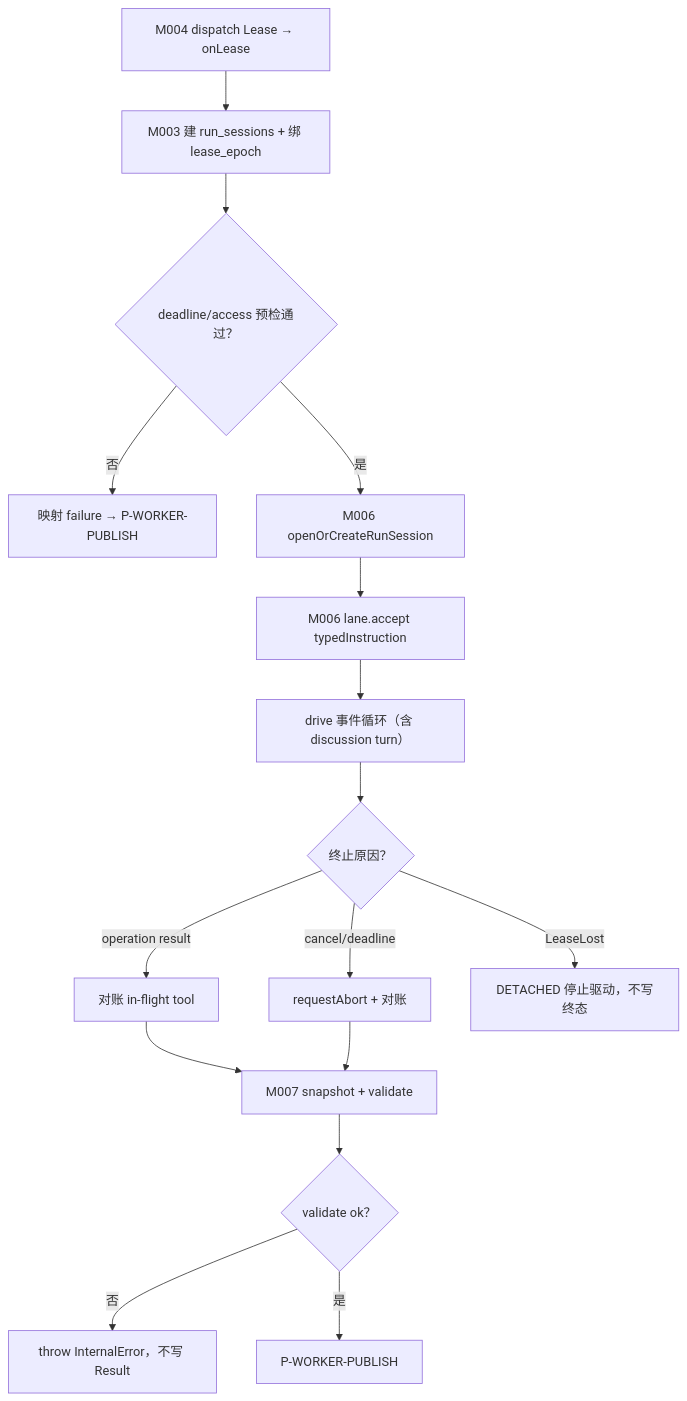
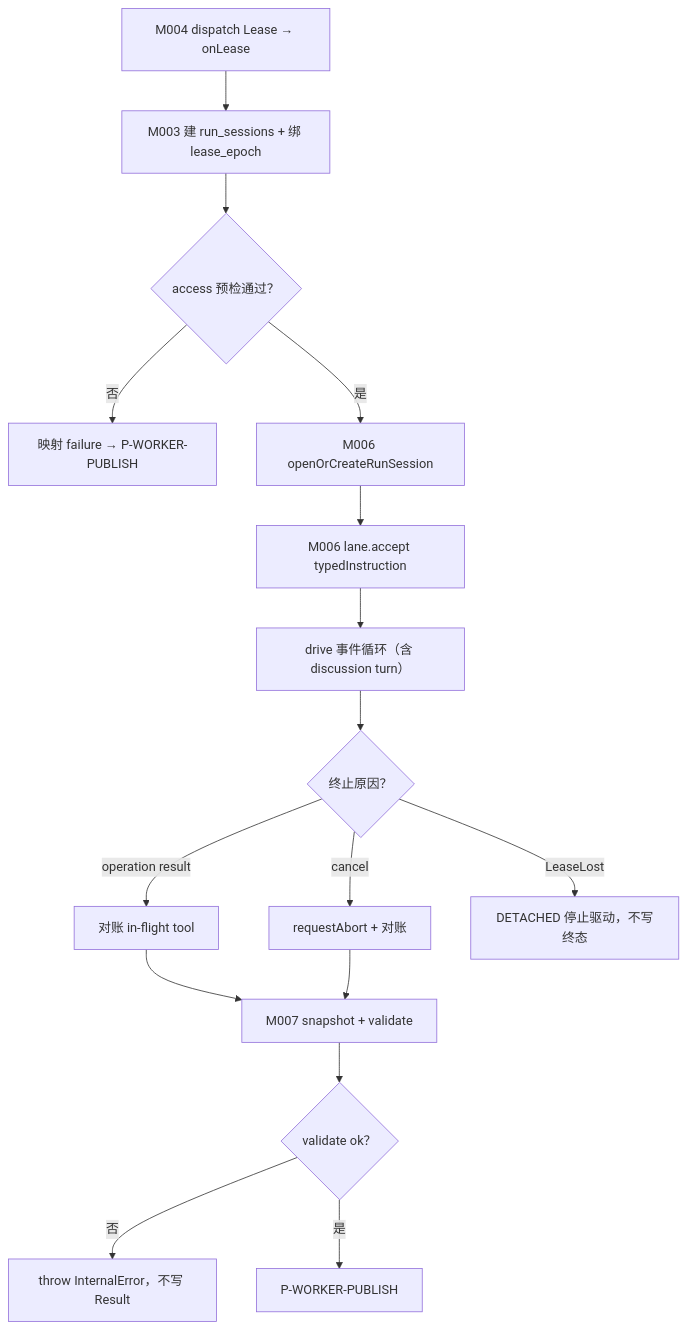
The fourth of 8 diagrams in docs/40_module_design/piko-worker-design.md (corezilla/piko), drawn with Mermaid before and after one commit. The commit also changed other lines of this file and 86 other files, not shown here.

````diff
--- a/docs/40_module_design/piko-worker-design.md
+++ b/docs/40_module_design/piko-worker-design.md
@@ -772,18 +773,18 @@
 ```mermaid
 flowchart TD
     A["M004 dispatch Lease → onLease"] --> B["M003 建 run_sessions + 绑 lease_epoch"]
-    B --> C{"deadline/access 预检通过？"}
+    B --> C{"access 预检通过？"}
     C -->|否| Z["映射 failure → P-WORKER-PUBLISH"]
     C -->|是| D["M006 openOrCreateRunSession"]
     D --> E["M006 lane.accept typedInstruction"]
     E --> F["drive 事件循环（含 discussion turn）"]
     F --> G{"终止原因？"}
     G -->|operation result| H["对账 in-flight tool"]
-    G -->|cancel/deadline| I["requestAbort + 对账"]
+    G -->|cancel| I["requestAbort + 对账"]
     G -->|LeaseLost| Z2["DETACHED 停止驱动，不写终态"]
     H --> J["M007 snapshot + validate"]
     I --> J
     J --> K{"validate ok？"}
     K -->|否| Z3["throw InternalError，不写 Result"]
     K -->|是| L["P-WORKER-PUBLISH"]
 ```
````
